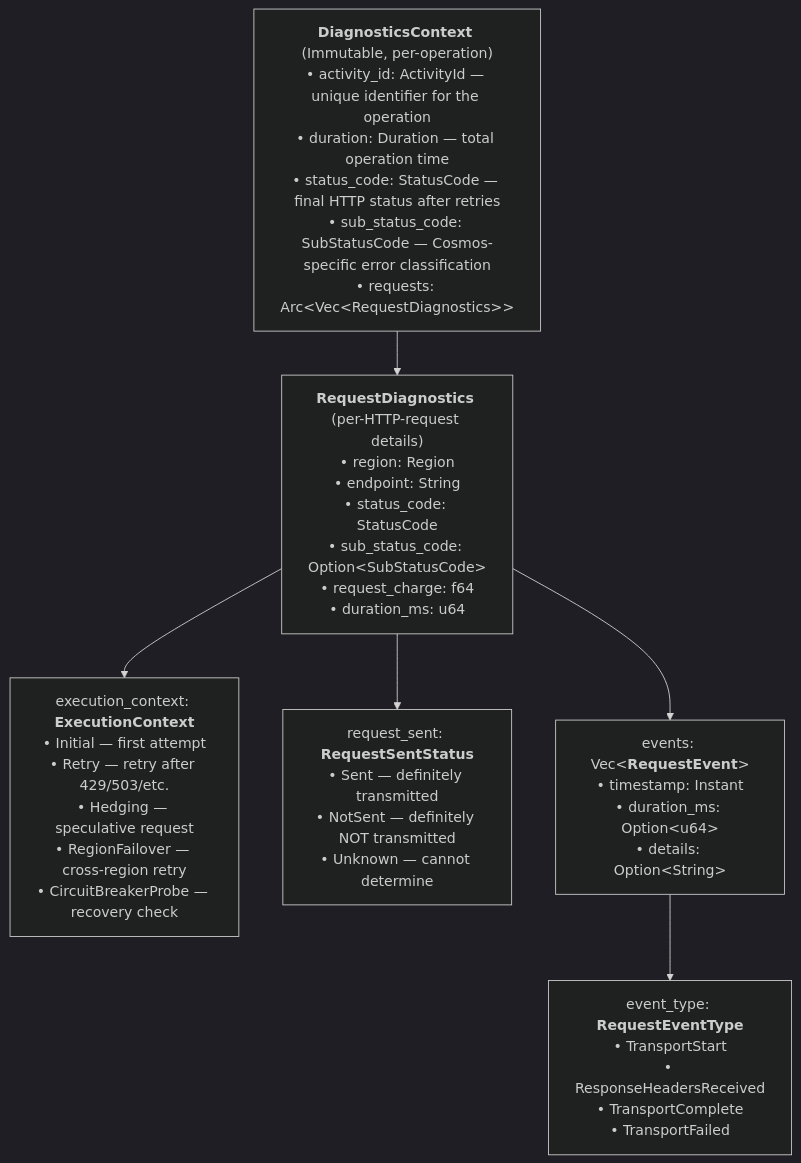
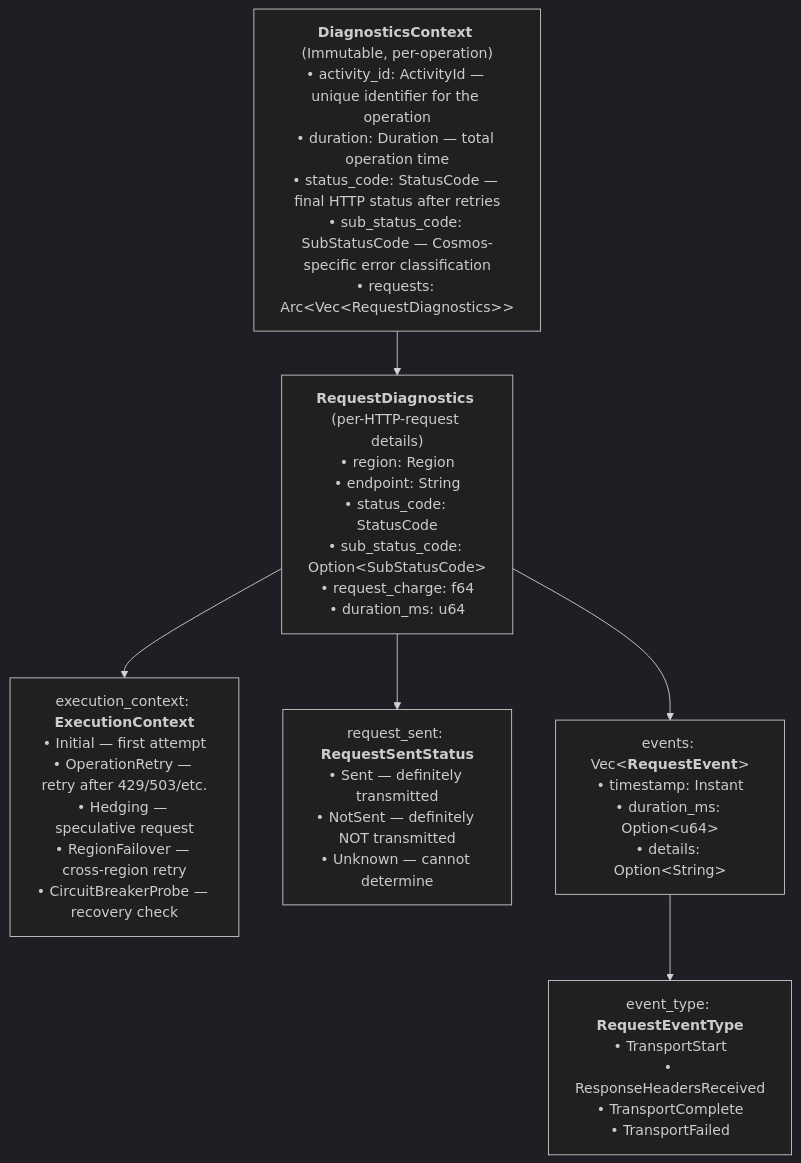
Before and after one commit to Azure/azure-sdk-for-rust: the fourth of 4 diagrams in sdk/cosmos/azure_data_cosmos_driver/ARCHITECTURE.md, drawn with Mermaid (dark theme). The commit also changed other lines of this file and 9 other files, not shown here.

````diff
--- a/sdk/cosmos/azure_data_cosmos_driver/ARCHITECTURE.md
+++ b/sdk/cosmos/azure_data_cosmos_driver/ARCHITECTURE.md
@@ -295,14 +295,14 @@
 ```mermaid
 flowchart TD
     DC["<b>DiagnosticsContext</b> (Immutable, per-operation)<br/>• activity_id: ActivityId — unique identifier for the operation<br/>• duration: Duration — total operation time<br/>• status_code: StatusCode — final HTTP status after retries<br/>• sub_status_code: SubStatusCode — Cosmos-specific error classification<br/>• requests: Arc&lt;Vec&lt;RequestDiagnostics&gt;&gt;"]
     RD["<b>RequestDiagnostics</b> (per-HTTP-request details)<br/>• region: Region<br/>• endpoint: String<br/>• status_code: StatusCode<br/>• sub_status_code: Option&lt;SubStatusCode&gt;<br/>• request_charge: f64<br/>• duration_ms: u64"]
-    EC["execution_context: <b>ExecutionContext</b><br/>• Initial — first attempt<br/>• Retry — retry after 429/503/etc.<br/>• Hedging — speculative request<br/>• RegionFailover — cross-region retry<br/>• CircuitBreakerProbe — recovery check"]
+    EC["execution_context: <b>ExecutionContext</b><br/>• Initial — first attempt<br/>• OperationRetry — retry after 429/503/etc.<br/>• Hedging — speculative request<br/>• RegionFailover — cross-region retry<br/>• CircuitBreakerProbe — recovery check"]
     RSS["request_sent: <b>RequestSentStatus</b><br/>• Sent — definitely transmitted<br/>• NotSent — definitely NOT transmitted<br/>• Unknown — cannot determine"]
     RE["events: Vec&lt;<b>RequestEvent</b>&gt;<br/>• timestamp: Instant<br/>• duration_ms: Option&lt;u64&gt;<br/>• details: Option&lt;String&gt;"]
     RET["event_type: <b>RequestEventType</b><br/>• TransportStart<br/>• ResponseHeadersReceived<br/>• TransportComplete<br/>• TransportFailed"]
     DC --> RD
     RD --> EC
     RD --> RSS
     RD --> RE
     RE --> RET
 ```
````
